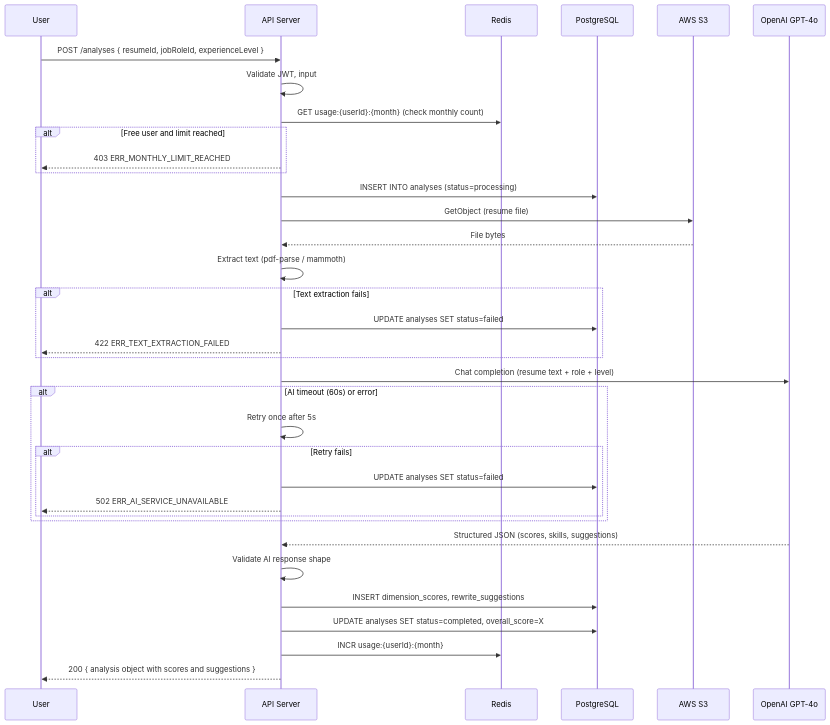
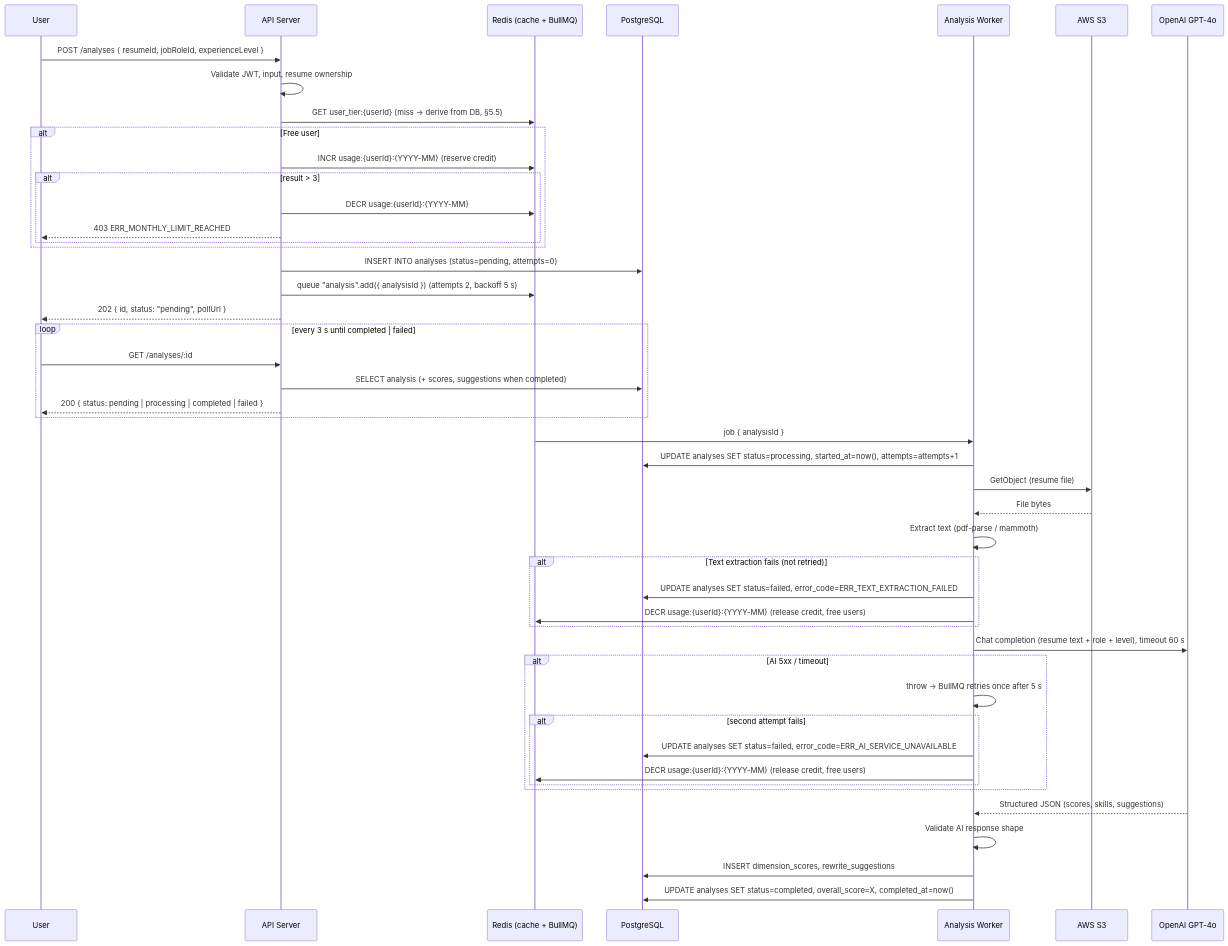
One commit to divii-school/spec-homework changed the third of 6 diagrams in sovan/spec.md. Above: the diagram before and after it, drawn with Mermaid. The commit also changed other lines of this file, not shown here.

Commit message:
docs(spec): v1.2 — resolve build-test feedback: async analysis (D-01), single upload path (D-02), Pro entitlement rules (D-03)

````diff
--- a/sovan/spec.md
+++ b/sovan/spec.md
@@ -300,38 +312,52 @@
 ```mermaid
 sequenceDiagram
     participant U as User
     participant A as API Server
-    participant R as Redis
+    participant R as Redis (cache + BullMQ)
     participant DB as PostgreSQL
+    participant W as Analysis Worker
     participant S3 as AWS S3
     participant AI as OpenAI GPT-4o
 
     U->>A: POST /analyses { resumeId, jobRoleId, experienceLevel }
-    A->>A: Validate JWT, input
-    A->>R: GET usage:{userId}:{month} (check monthly count)
-    alt Free user and limit reached
-        A-->>U: 403 ERR_MONTHLY_LIMIT_REACHED
-    end
-    A->>DB: INSERT INTO analyses (status=processing)
-    A->>S3: GetObject (resume file)
-    S3-->>A: File bytes
-    A->>A: Extract text (pdf-parse / mammoth)
-    alt Text extraction fails
-        A->>DB: UPDATE analyses SET status=failed
-        A-->>U: 422 ERR_TEXT_EXTRACTION_FAILED
-    end
-    A->>AI: Chat completion (resume text + role + level)
-    alt AI timeout (60s) or error
-        A->>A: Retry once after 5s
-        alt Retry fails
-            A->>DB: UPDATE analyses SET status=failed
-            A-->>U: 502 ERR_AI_SERVICE_UNAVAILABLE
+    A->>A: Validate JWT, input, resume ownership
+    A->>R: GET user_tier:{userId} (miss → derive from DB, §5.5)
+    alt Free user
+        A->>R: INCR usage:{userId}:{YYYY-MM} (reserve credit)
+        alt result > 3
+            A->>R: DECR usage:{userId}:{YYYY-MM}
+            A-->>U: 403 ERR_MONTHLY_LIMIT_REACHED
         end
     end
-    AI-->>A: Structured JSON (scores, skills, suggestions)
-    A->>A: Validate AI response shape
-    A->>DB: INSERT dimension_scores, rewrite_suggestions
-    A->>DB: UPDATE analyses SET status=completed, overall_score=X
-    A->>R: INCR usage:{userId}:{month}
-    A-->>U: 200 { analysis object with scores and suggestions }
+    A->>DB: INSERT INTO analyses (status=pending, attempts=0)
+    A->>R: queue "analysis".add({ analysisId }) (attempts 2, backoff 5 s)
+    A-->>U: 202 { id, status: "pending", pollUrl }
+
+    loop every 3 s until completed | failed
+        U->>A: GET /analyses/:id
+        A->>DB: SELECT analysis (+ scores, suggestions when completed)
+        A-->>U: 200 { status: pending | processing | completed | failed }
+    end
+
+    R->>W: job { analysisId }
+    W->>DB: UPDATE analyses SET status=processing, started_at=now(), attempts=attempts+1
+    W->>S3: GetObject (resume file)
+    S3-->>W: File bytes
+    W->>W: Extract text (pdf-parse / mammoth)
+    alt Text extraction fails (not retried)
+        W->>DB: UPDATE analyses SET status=failed, error_code=ERR_TEXT_EXTRACTION_FAILED
+        W->>R: DECR usage:{userId}:{YYYY-MM} (release credit, free users)
+    end
+    W->>AI: Chat completion (resume text + role + level), timeout 60 s
+    alt AI 5xx / timeout
+        W->>W: throw → BullMQ retries once after 5 s
+        alt second attempt fails
+            W->>DB: UPDATE analyses SET status=failed, error_code=ERR_AI_SERVICE_UNAVAILABLE
+            W->>R: DECR usage:{userId}:{YYYY-MM} (release credit, free users)
+        end
+    end
+    AI-->>W: Structured JSON (scores, skills, suggestions)
+    W->>W: Validate AI response shape
+    W->>DB: INSERT dimension_scores, rewrite_suggestions
+    W->>DB: UPDATE analyses SET status=completed, overall_score=X, completed_at=now()
 ```
````
